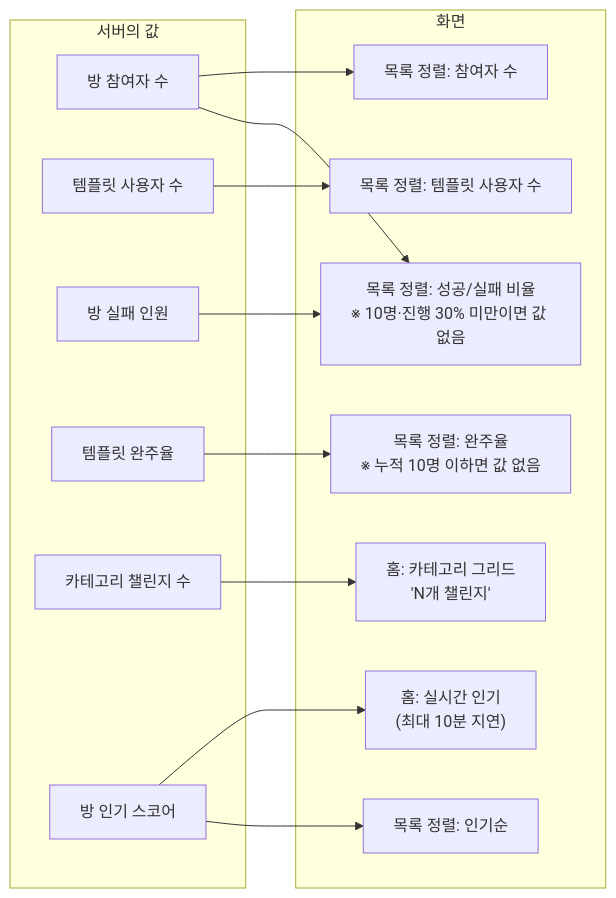
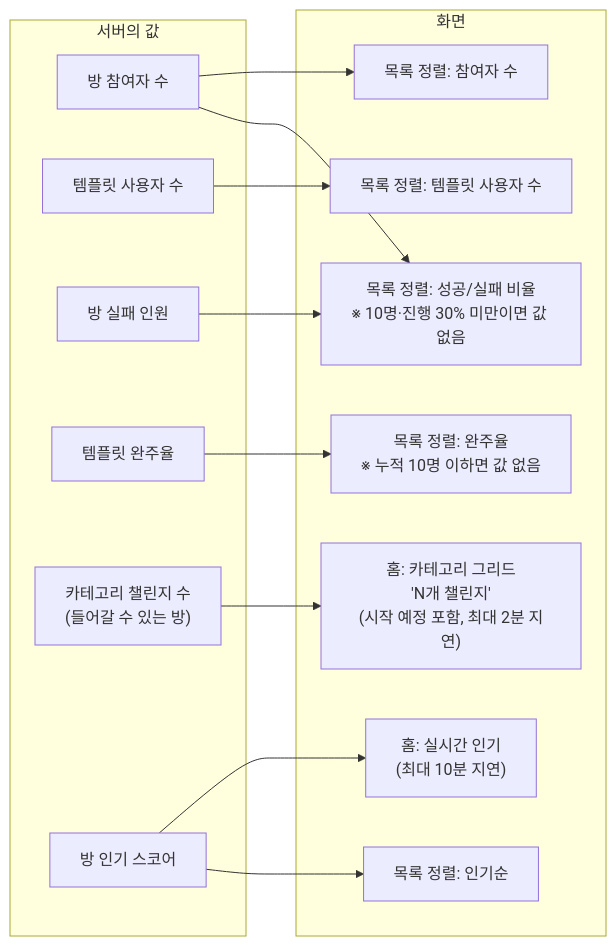
One commit to RuleUp-ASM/Backend changed the second of 2 diagrams in docs/search/챌린지탐색 테크스펙.md. Above: the diagram before and after it, drawn with Mermaid. The commit also changed other lines of this file and 28 other files, not shown here.

````diff
--- a/docs/search/챌린지탐색 테크스펙.md
+++ b/docs/search/챌린지탐색 테크스펙.md
@@ -224,30 +240,30 @@
 ```mermaid
 flowchart LR
     subgraph DB["서버의 값"]
         PC["방 참여자 수"]
         TU["템플릿 사용자 수"]
         FC["방 실패 인원"]
         CR["템플릿 완주율"]
-        CC["카테고리 챌린지 수"]
+        CC["카테고리 챌린지 수<br/>(들어갈 수 있는 방)"]
         TS["방 인기 스코어"]
     end
 
     subgraph UI["화면"]
         HOME1["홈: 실시간 인기<br/>(최대 10분 지연)"]
-        HOME2["홈: 카테고리 그리드<br/>'N개 챌린지'"]
+        HOME2["홈: 카테고리 그리드<br/>'N개 챌린지'<br/>(시작 예정 포함, 최대 2분 지연)"]
         L1["목록 정렬: 참여자 수"]
         L2["목록 정렬: 템플릿 사용자 수"]
         L3["목록 정렬: 인기순"]
         L4["목록 정렬: 성공/실패 비율<br/>※ 10명·진행 30% 미만이면 값 없음"]
         L5["목록 정렬: 완주율<br/>※ 누적 10명 이하면 값 없음"]
     end
 
     TS --> HOME1
     CC --> HOME2
     PC --> L1
     TU --> L2
     TS --> L3
     PC --> L4
     FC --> L4
     CR --> L5
 ```
````
